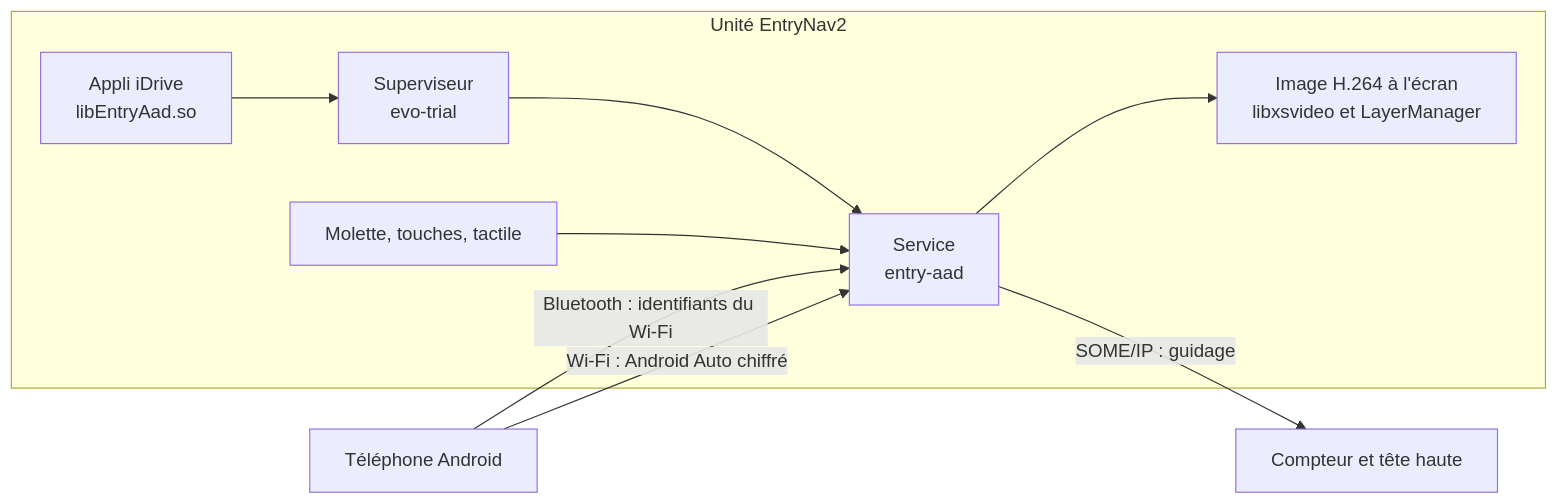
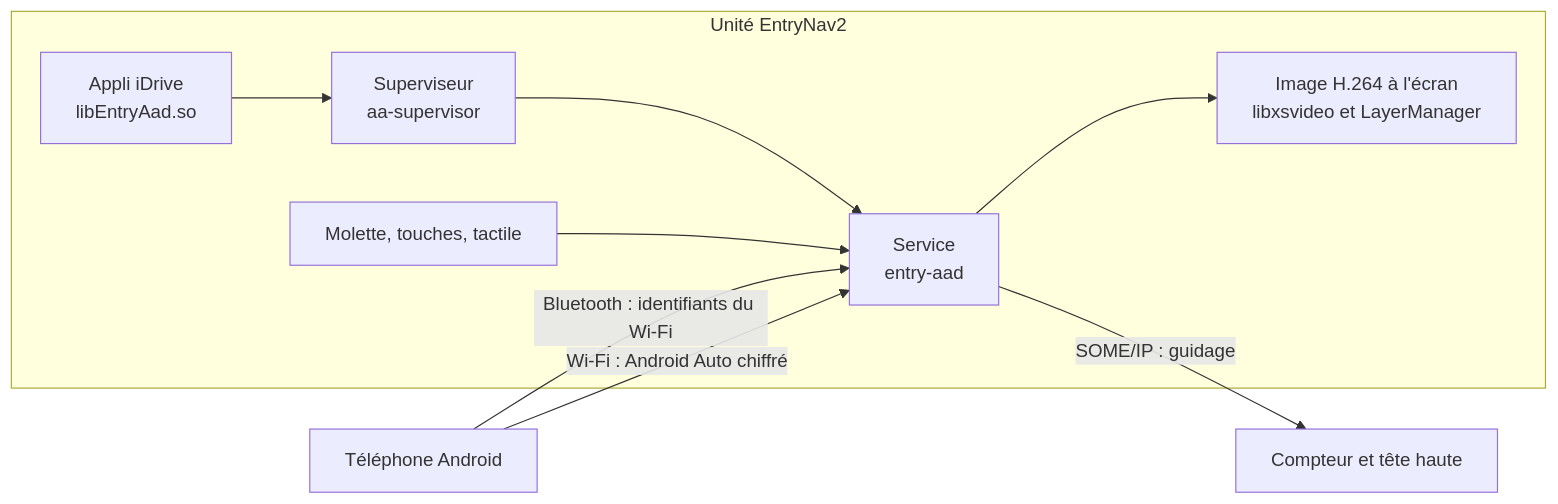
One commit to Jiraiya43/EntryNav2-Android-Auto changed the diagram in README.fr.md. Above: the diagram before and after it, drawn with Mermaid. The commit also changed other lines of this file and 24 other files, not shown here.

First line of the commit message:
refactor: renommer le superviseur evo-trial en aa-supervisor

````diff
--- a/README.fr.md
+++ b/README.fr.md
@@ -74,13 +74,13 @@
 ```mermaid
 flowchart LR
     P[Téléphone Android]
     subgraph HU[Unité EntryNav2]
-        A[Appli iDrive<br/>libEntryAad.so] --> T[Superviseur<br/>evo-trial]
+        A[Appli iDrive<br/>libEntryAad.so] --> T[Superviseur<br/>aa-supervisor]
         T --> S[Service<br/>entry-aad]
         S --> V[Image H.264 à l'écran<br/>libxsvideo et LayerManager]
         I[Molette, touches, tactile] --> S
     end
     P -- Bluetooth : identifiants du Wi-Fi --> S
     P -- Wi-Fi : Android Auto chiffré --> S
     S -- SOME/IP : guidage --> K[Compteur et tête haute]
 ```
````
